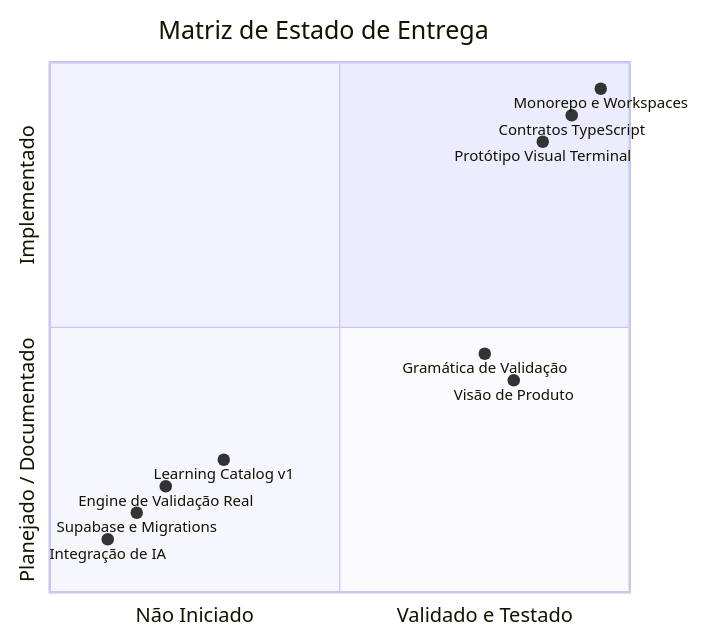
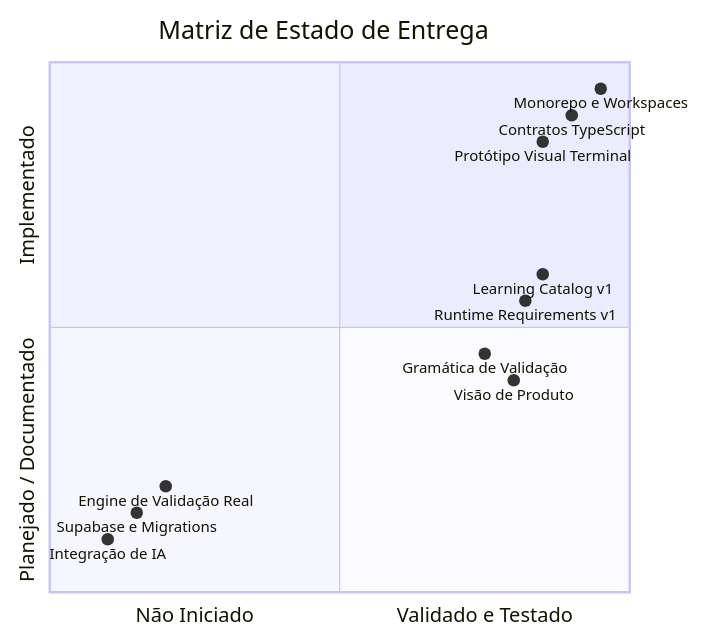
The sixth of 6 diagrams in docs/operations/visual-operational-brain.md (reinaldogramachof-hash/RootScoll), drawn with Mermaid before and after one commit. The commit also changed other lines of this file and 19 other files, not shown here.

````diff
--- a/docs/operations/visual-operational-brain.md
+++ b/docs/operations/visual-operational-brain.md
@@ -171,15 +173,16 @@
 ```mermaid
 quadrantChart
     title Matriz de Estado de Entrega
     x-axis "Não Iniciado" --> "Validado e Testado"
     y-axis "Planejado / Documentado" --> "Implementado"
     "Monorepo e Workspaces": [0.95, 0.95]
     "Contratos TypeScript": [0.90, 0.90]
     "Protótipo Visual Terminal": [0.85, 0.85]
     "Visão de Produto": [0.80, 0.40]
     "Gramática de Validação": [0.75, 0.45]
-    "Learning Catalog v1": [0.30, 0.25]
+    "Learning Catalog v1": [0.85, 0.60]
+    "Runtime Requirements v1": [0.82, 0.55]
     "Engine de Validação Real": [0.20, 0.20]
     "Supabase e Migrations": [0.15, 0.15]
     "Integração de IA": [0.10, 0.10]
 ```
````
